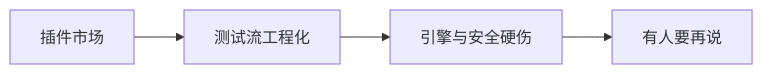
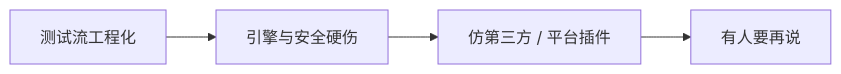
Before and after one commit to qualitest-hq/qualitest: the diagram in ROADMAP.md, drawn with Mermaid. The commit also changed other lines of this file and 1 other file, not shown here.

First line of the commit message:
docs(plugins): 增加平台插件 JSON 契约草案并登记 ROADMAP 6.2

````diff
--- a/ROADMAP.md
+++ b/ROADMAP.md
@@ -15,6 +15,6 @@
 ```mermaid
 flowchart LR
-  A["插件市场"] --> B["测试流工程化"]
-  B --> C["引擎与安全硬伤"]
+  A["测试流工程化"] --> B["引擎与安全硬伤"]
+  B --> C["仿第三方 / 平台插件"]
   C --> D["有人要再说"]
 ```
````
